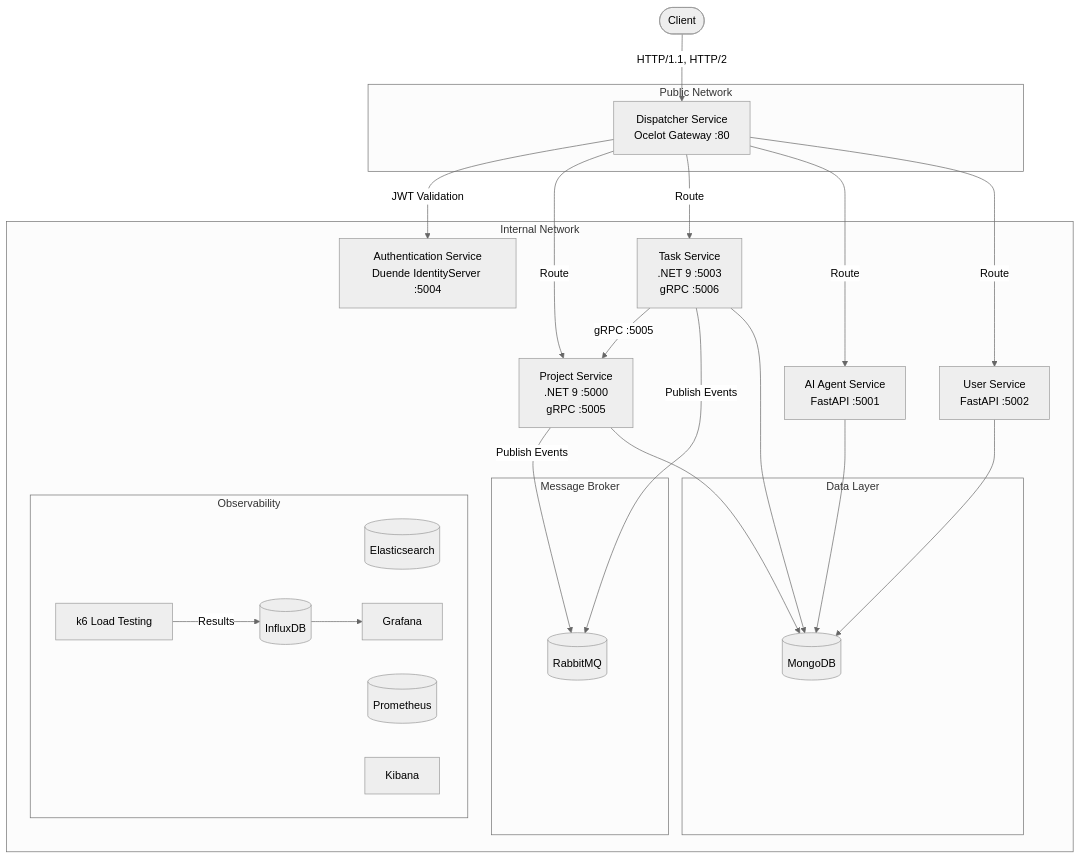
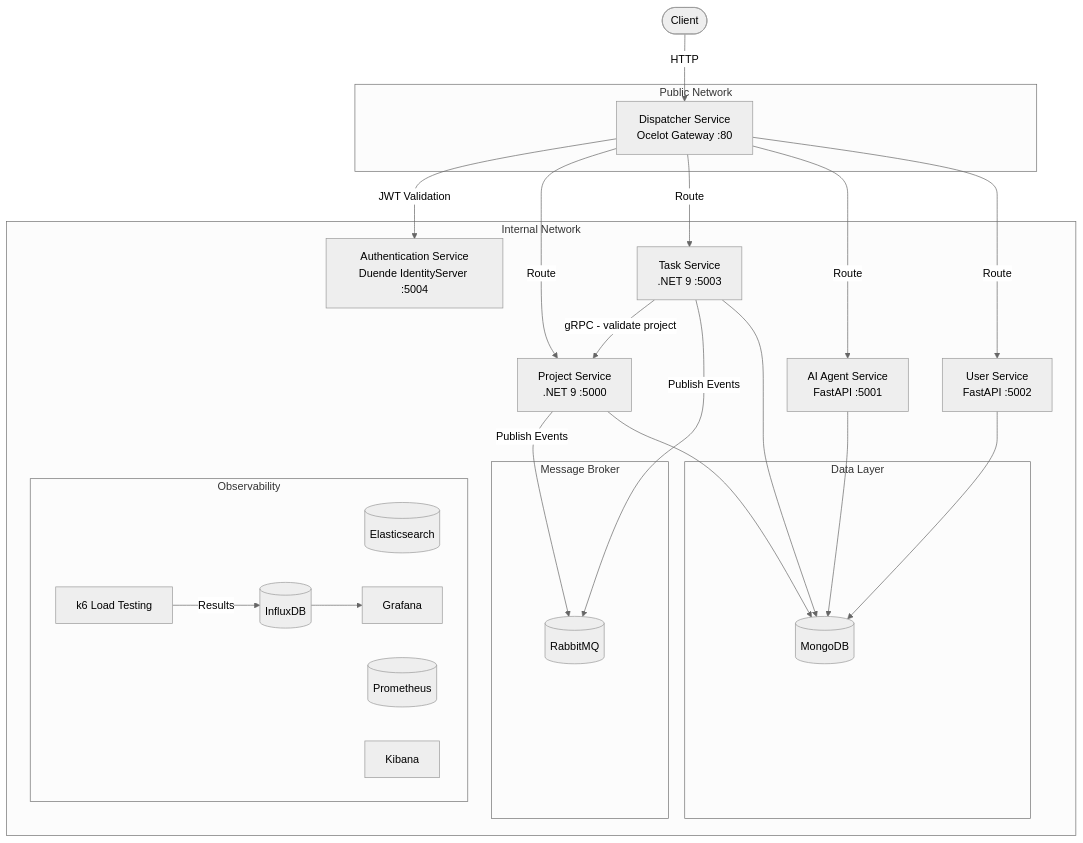
One commit to AboubacarSow/task-management-microservice changed the first of 14 diagrams in README.md. Above: the diagram before and after it, drawn with Mermaid (neutral theme). The commit also changed other lines of this file, not shown here.

Commit message:
merge and switching branch

````diff
--- a/README.md
+++ b/README.md
@@ -100,53 +96,53 @@
 ```mermaid
 graph TB
     Client([Client])
 
     subgraph Public Network
         Dispatcher[Dispatcher Service\nOcelot Gateway :80]
     end
 
     subgraph Internal Network
-        Project[Project Service\n.NET 9 :5000\ngRPC :5005]
+        Project[Project Service\n.NET 9 :5000]
         Agent[AI Agent Service\nFastAPI :5001]
         User[User Service\nFastAPI :5002]
-        Task[Task Service\n.NET 9 :5003\ngRPC :5006]
+        Task[Task Service\n.NET 9 :5003]
         Auth[Authentication Service\nDuende IdentityServer :5004]
 
         subgraph Message Broker
             RabbitMQ[(RabbitMQ)]
         end
 
         subgraph Data Layer
             MongoDB[(MongoDB)]
         end
 
         subgraph Observability
             Elasticsearch[(Elasticsearch)]
             Prometheus[(Prometheus)]
             Grafana[Grafana]
             Kibana[Kibana]
             InfluxDB[(InfluxDB)]
             K6[k6 Load Testing]
         end
     end
 
-    Client -->|HTTP/1.1, HTTP/2| Dispatcher
+    Client -->|HTTP| Dispatcher
     Dispatcher -->|JWT Validation| Auth
     Dispatcher -->|Route| Project
     Dispatcher -->|Route| Task
     Dispatcher -->|Route| Agent
     Dispatcher -->|Route| User
 
-    Task -->|gRPC :5005| Project
+    Task -->|gRPC - validate project| Project
 
     Project -->|Publish Events| RabbitMQ
     Task -->|Publish Events| RabbitMQ
 
     Project --> MongoDB
     Task --> MongoDB
     User --> MongoDB
     Agent --> MongoDB
 
     K6 -->|Results| InfluxDB
     InfluxDB --> Grafana
 ```
````
